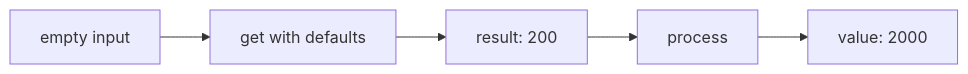
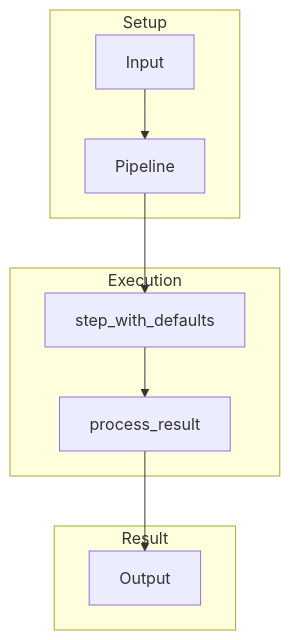
The third of 5 diagrams in examples/01_basic_pipeline/04_default_values/README.md (wisrovi/wpipe), drawn with Mermaid before and after one commit. The commit also changed other lines of this file and 182 other files, not shown here.

First line of the commit message:
Add type hints, docstrings, and Mermaid diagrams to all examples

````diff
--- a/examples/01_basic_pipeline/04_default_values/README.md
+++ b/examples/01_basic_pipeline/04_default_values/README.md
@@ -5,5 +36,21 @@
 ```mermaid
-flowchart LR
-    A[empty input] --> B[get with defaults] --> C[result: 200]
-    C --> D[process] --> E[value: 2000]
+graph TB
+    subgraph Setup
+        A[Input]
+        B[Pipeline]
+    end
+    
+    subgraph Execution
+        C[step_with_defaults]
+        D[process_result]
+    end
+    
+    subgraph Result
+        E[Output]
+    end
+    
+    A --> B
+    B --> C
+    C --> D
+    D --> E
 ```
````
